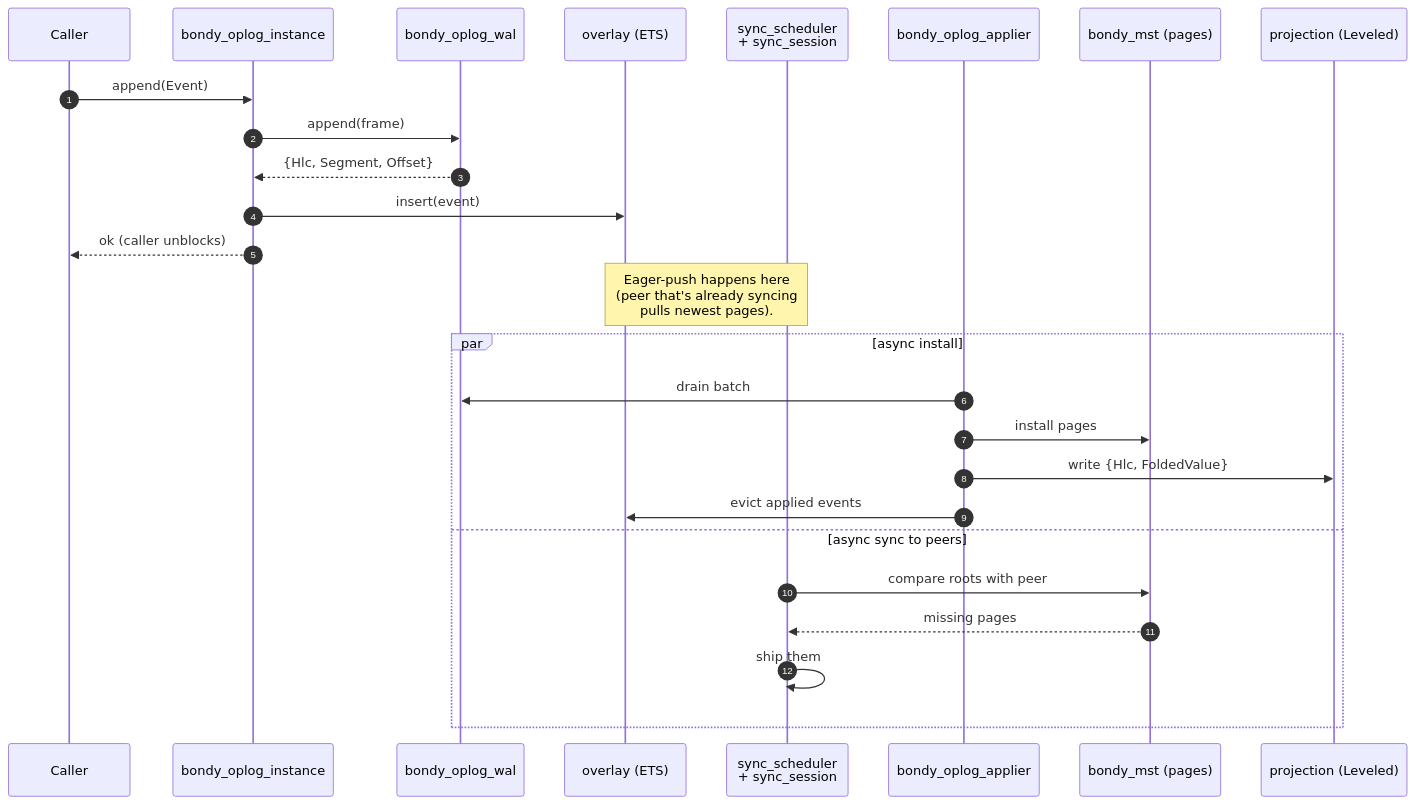
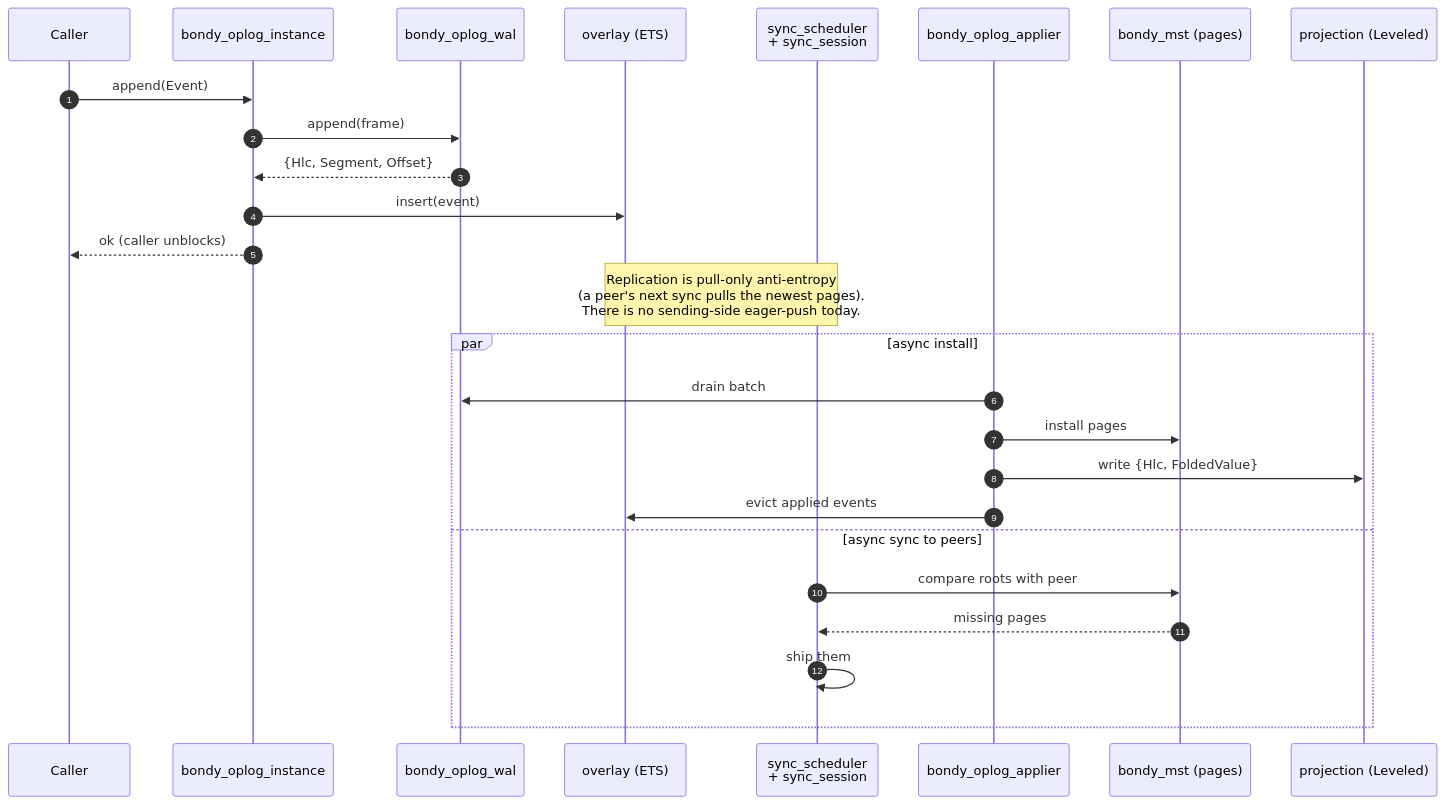
Before and after one commit to bondy-io/bondy_mst: the third of 5 diagrams in doc_extras/architecture/00_overview.md, drawn with Mermaid. The commit also changed other lines of this file and 10 other files, not shown here.

````diff
--- a/doc_extras/architecture/00_overview.md
+++ b/doc_extras/architecture/00_overview.md
@@ -78,30 +79,30 @@
 ```mermaid
 sequenceDiagram
     autonumber
     participant C as Caller
     participant INST as bondy_oplog_instance
     participant WAL as bondy_oplog_wal
     participant OV as overlay (ETS)
     participant SYNC as sync_scheduler<br/>+ sync_session
     participant APP as bondy_oplog_applier
     participant MST as bondy_mst (pages)
     participant PROJ as projection (Leveled)
 
     C->>INST: append(Event)
     INST->>WAL: append(frame)
     WAL-->>INST: {Hlc, Segment, Offset}
     INST->>OV: insert(event)
     INST-->>C: ok (caller unblocks)
-    Note over OV,SYNC: Eager-push happens here<br/>(peer that's already syncing<br/>pulls newest pages).
+    Note over OV,SYNC: Replication is pull-only anti-entropy<br/>(a peer's next sync pulls the newest pages).<br/>There is no sending-side eager-push today.
 
     par async install
         APP->>WAL: drain batch
         APP->>MST: install pages
         APP->>PROJ: write {Hlc, FoldedValue}
         APP->>OV: evict applied events
     and async sync to peers
         SYNC->>MST: compare roots with peer
         MST-->>SYNC: missing pages
         SYNC->>SYNC: ship them
     end
 ```
````
